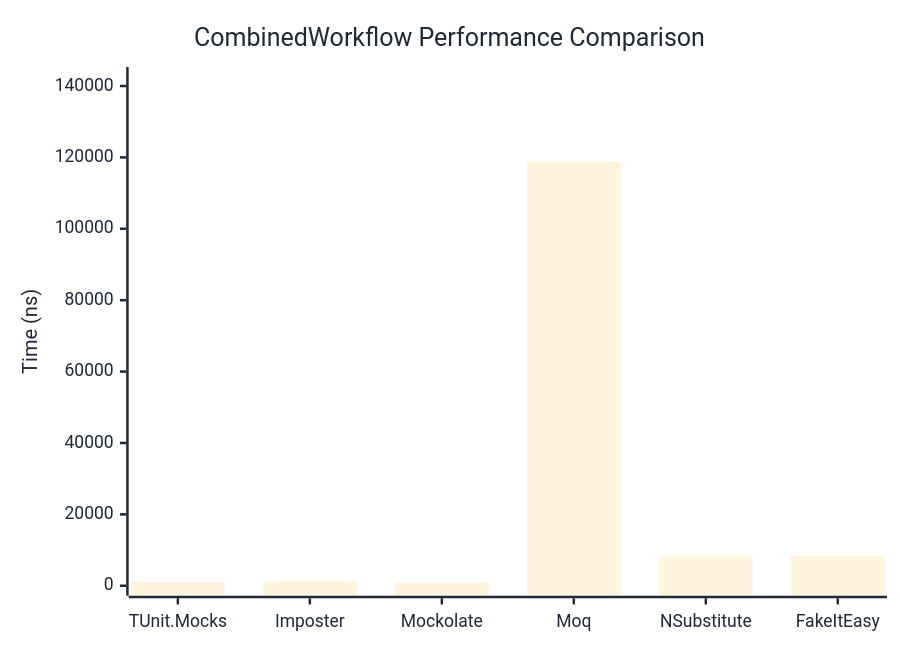
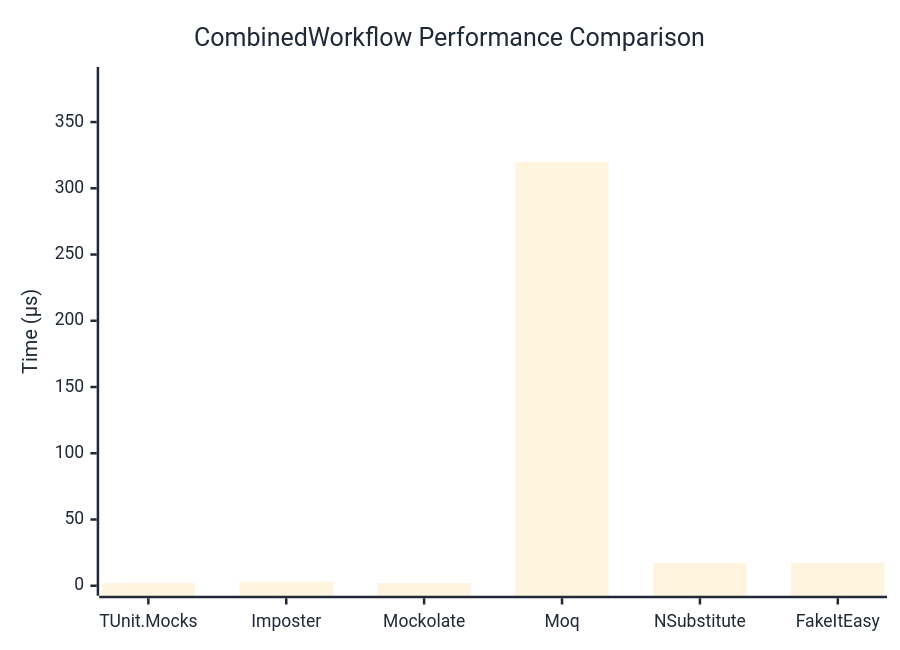
One commit to thomhurst/TUnit changed the diagram in docs/docs/benchmarks/mocks/CombinedWorkflow.md. Above: the diagram before and after it, drawn with Mermaid. The commit also changed other lines of this file and 14 other files, not shown here.

````diff
--- a/docs/docs/benchmarks/mocks/CombinedWorkflow.md
+++ b/docs/docs/benchmarks/mocks/CombinedWorkflow.md
@@ -30,27 +30,27 @@
 ```mermaid
 %%{init: {
   'theme':'base',
   'themeVariables': {
     'primaryColor': '#2563eb',
     'primaryTextColor': '#1f2937',
     'primaryBorderColor': '#1e40af',
     'lineColor': '#6b7280',
     'secondaryColor': '#7c3aed',
     'tertiaryColor': '#dc2626',
     'background': '#ffffff',
     'pie1': '#2563eb',
     'pie2': '#7c3aed',
     'pie3': '#dc2626',
     'pie4': '#f59e0b',
     'pie5': '#10b981',
     'pie6': '#06b6d4',
     'pie7': '#ec4899',
     'pie8': '#6366f1'
   }
 }}%%
 xychart-beta
   title "CombinedWorkflow Performance Comparison"
   x-axis ["TUnit.Mocks", "Imposter", "Mockolate", "Moq", "NSubstitute", "FakeItEasy"]
-  y-axis "Time (ns)" 0 --> 142518
-  bar [1026.9, 1373.1, 882.5, 118764.5, 8453.9, 8383.5]
+  y-axis "Time (μs)" 0 --> 384
+  bar [2.104, 3.192, 1.975, 319.886, 17.166, 17.316]
 ```
````
